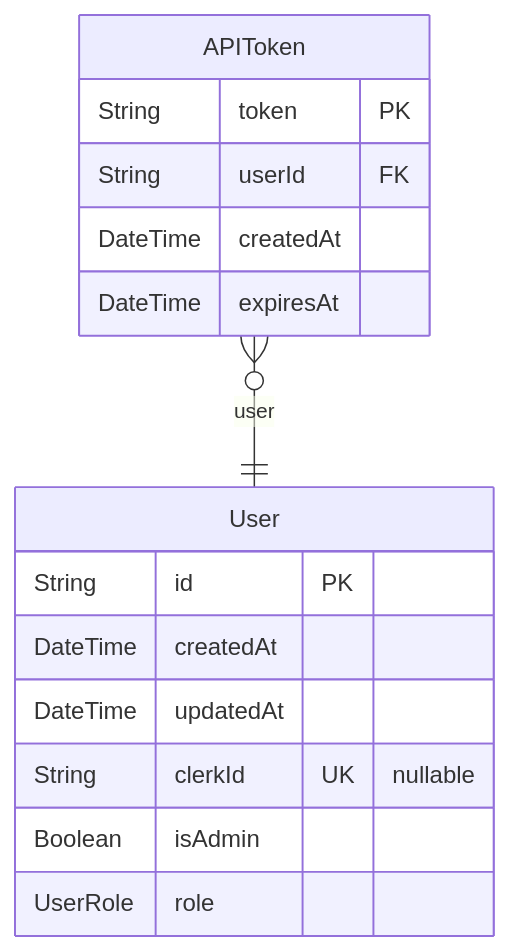
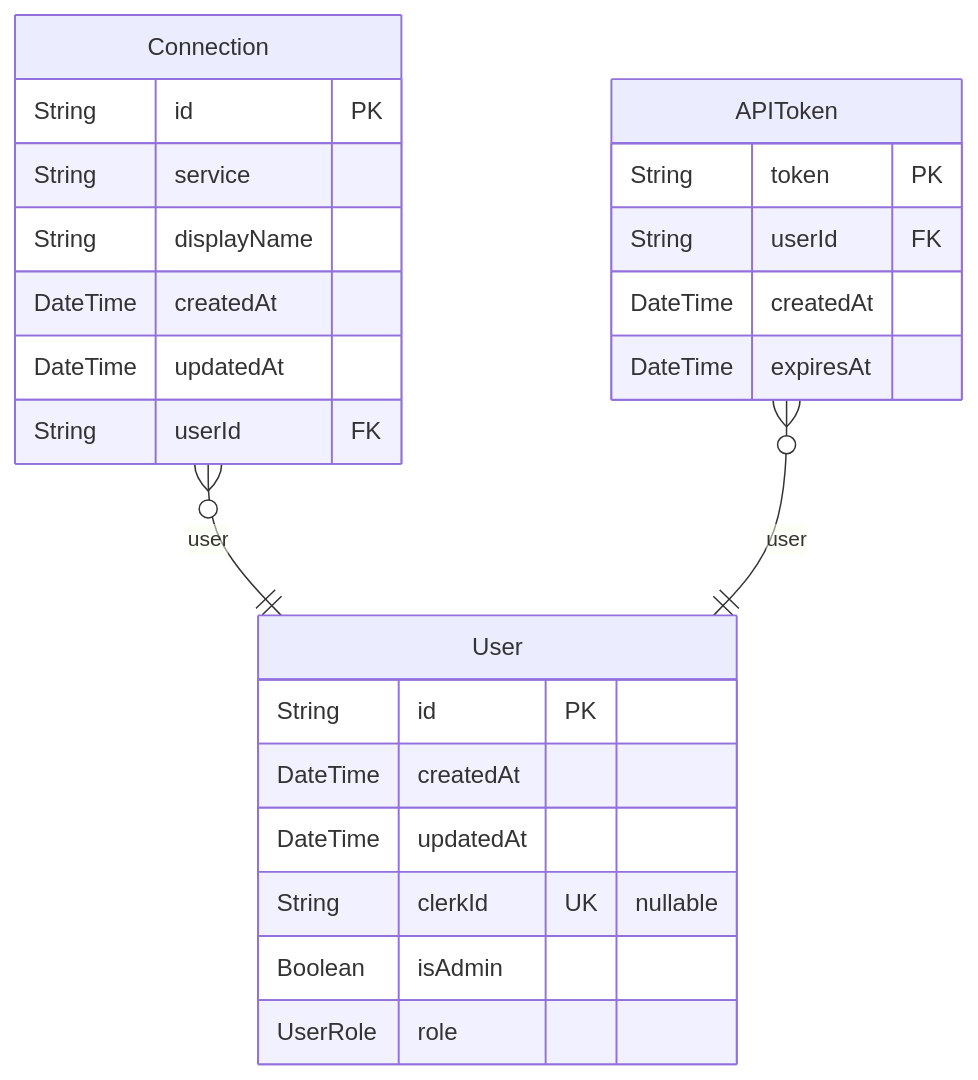
Before and after one commit to whalesync/scratch-cli: the diagram in server/prisma/ERD.md, drawn with Mermaid. The commit also changed other lines of this file and 7 other files, not shown here.

````diff
--- a/server/prisma/ERD.md
+++ b/server/prisma/ERD.md
@@ -9,18 +9,27 @@
 ```mermaid
 erDiagram
+"Connection" {
+  String id PK
+  String service
+  String displayName
+  DateTime createdAt
+  DateTime updatedAt
+  String userId FK
+}
 "User" {
   String id PK
   DateTime createdAt
   DateTime updatedAt
   String clerkId UK "nullable"
   Boolean isAdmin
   UserRole role
 }
 "APIToken" {
   String token PK
   String userId FK
   DateTime createdAt
   DateTime expiresAt
 }
+"Connection" }o--|| "User" : user
 "APIToken" }o--|| "User" : user
 ```
````
